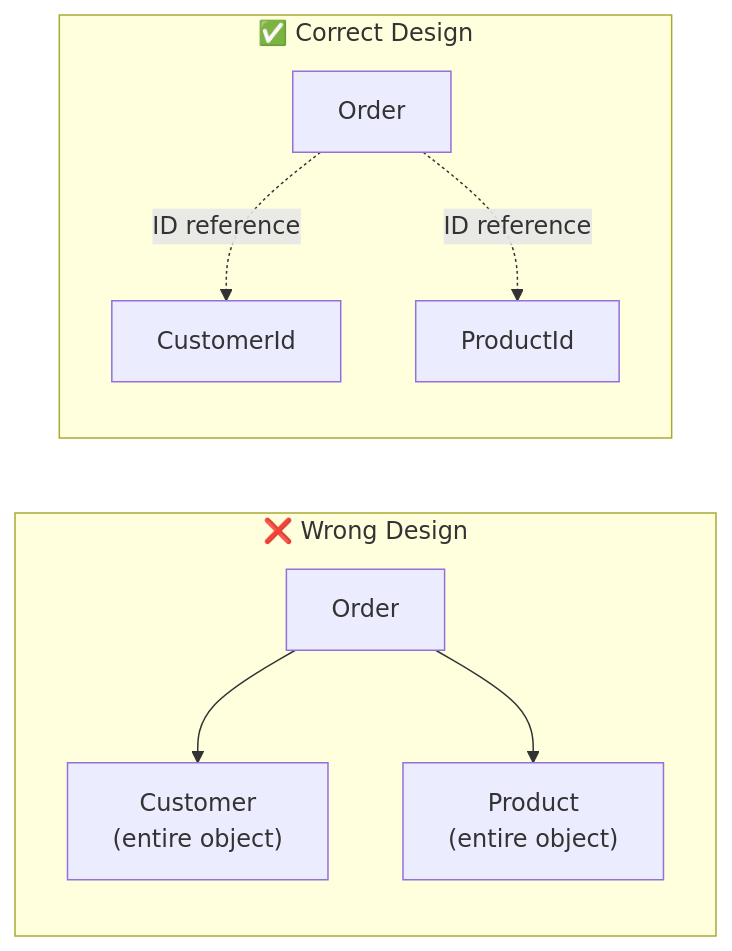
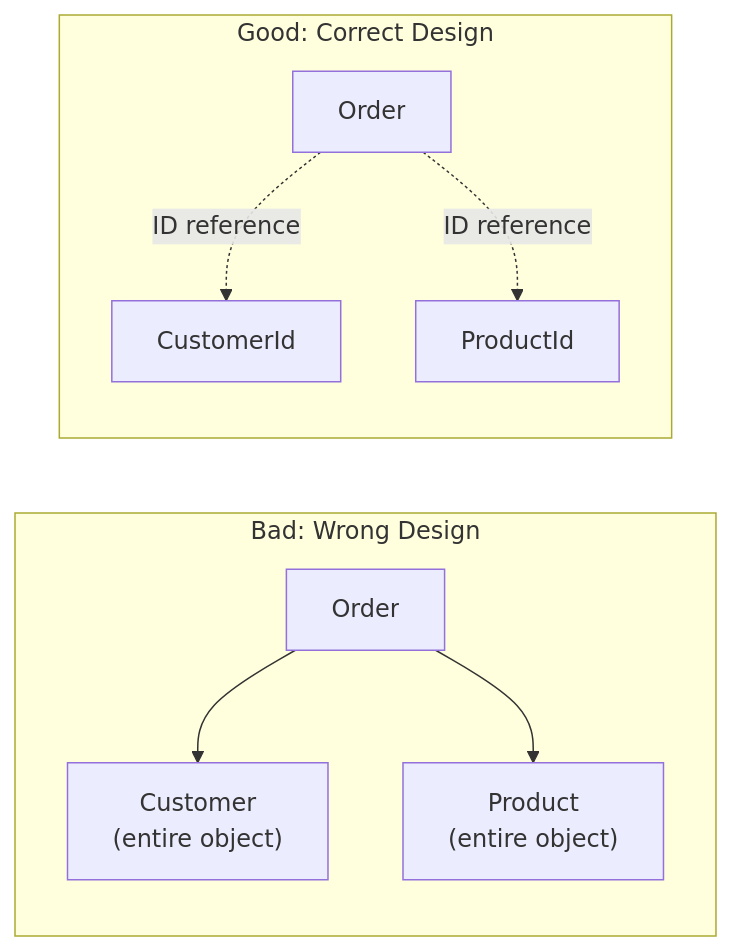
The second of 3 diagrams in content/en/docs/ddd/examples/order-domain.md (advanced-beginner/advanced-beginner.github.io), drawn with Mermaid before and after one commit. The commit also changed other lines of this file and 26 other files, not shown here.

````diff
--- a/content/en/docs/ddd/examples/order-domain.md
+++ b/content/en/docs/ddd/examples/order-domain.md
@@ -57,18 +78,18 @@
 ```mermaid
 flowchart LR
-    subgraph Wrong["❌ Wrong Design"]
+    subgraph Wrong["Bad: Wrong Design"]
         O1["Order"]
         C1["Customer<br>(entire object)"]
         P1["Product<br>(entire object)"]
         O1 --> C1
         O1 --> P1
     end
 
-    subgraph Right["✅ Correct Design"]
+    subgraph Right["Good: Correct Design"]
         O2["Order"]
         CID["CustomerId"]
         PID["ProductId"]
         O2 -.->|ID reference| CID
         O2 -.->|ID reference| PID
     end
 ```
````
